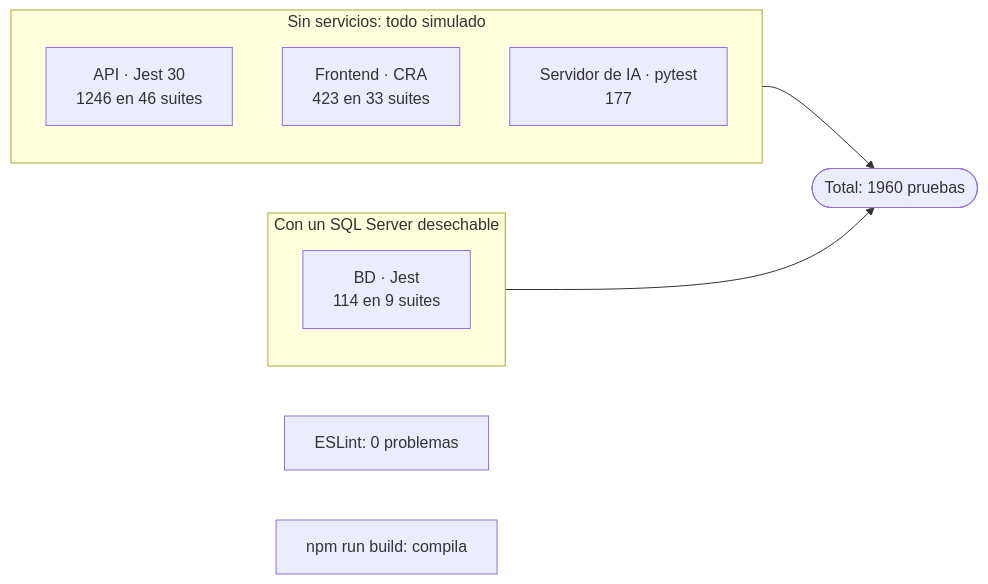
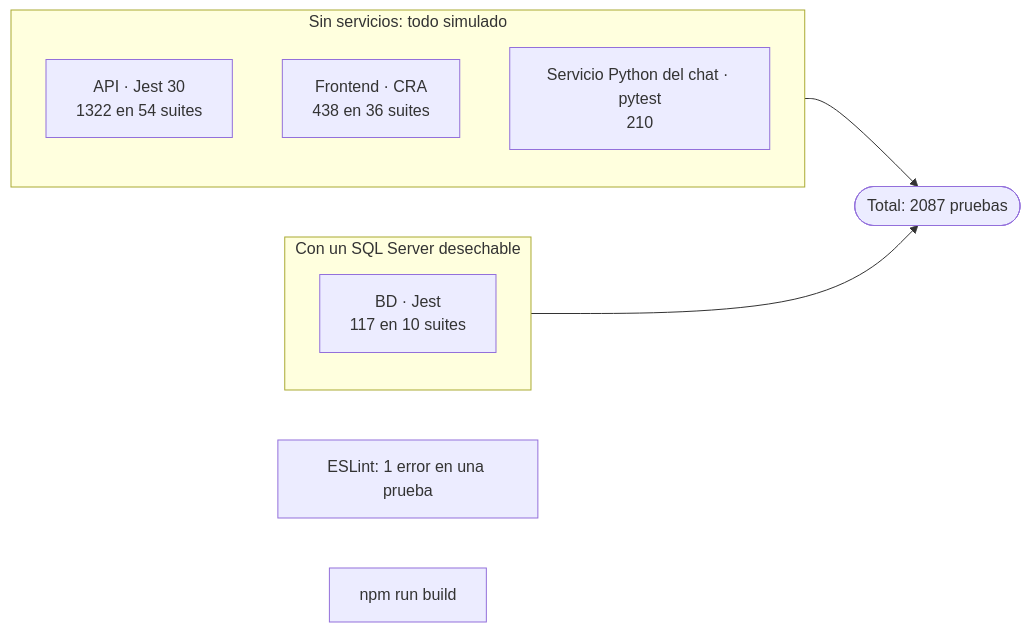
Before and after one commit to PabloP150/proyecto-is-cc6: the diagram in documentacion/07-guias/pruebas.md, drawn with Mermaid. The commit also changed other lines of this file and 204 other files, not shown here.

First line of the commit message:
docs: update all documentation, diagrams and PNGs to the test/e2e state

````diff
--- a/documentacion/07-guias/pruebas.md
+++ b/documentacion/07-guias/pruebas.md
@@ -5,15 +5,15 @@
 ```mermaid
 flowchart LR
     subgraph SIN["Sin servicios: todo simulado"]
-        API["API · Jest 30<br/>1246 en 46 suites"]
-        FE["Frontend · CRA<br/>423 en 33 suites"]
-        PY["Servidor de IA · pytest<br/>177"]
+        API["API · Jest 30<br/>1322 en 54 suites"]
+        FE["Frontend · CRA<br/>438 en 36 suites"]
+        PY["Servicio Python del chat · pytest<br/>210"]
     end
     subgraph CON["Con un SQL Server desechable"]
-        DB["BD · Jest<br/>114 en 9 suites"]
+        DB["BD · Jest<br/>117 en 10 suites"]
     end
-    SIN --> T(["Total: 1960 pruebas"])
+    SIN --> T(["Total: 2087 pruebas"])
     CON --> T
-    LINT["ESLint: 0 problemas"]
-    BUILD["npm run build: compila"]
+    LINT["ESLint: 1 error en una prueba"]
+    BUILD["npm run build"]
 ```
````
